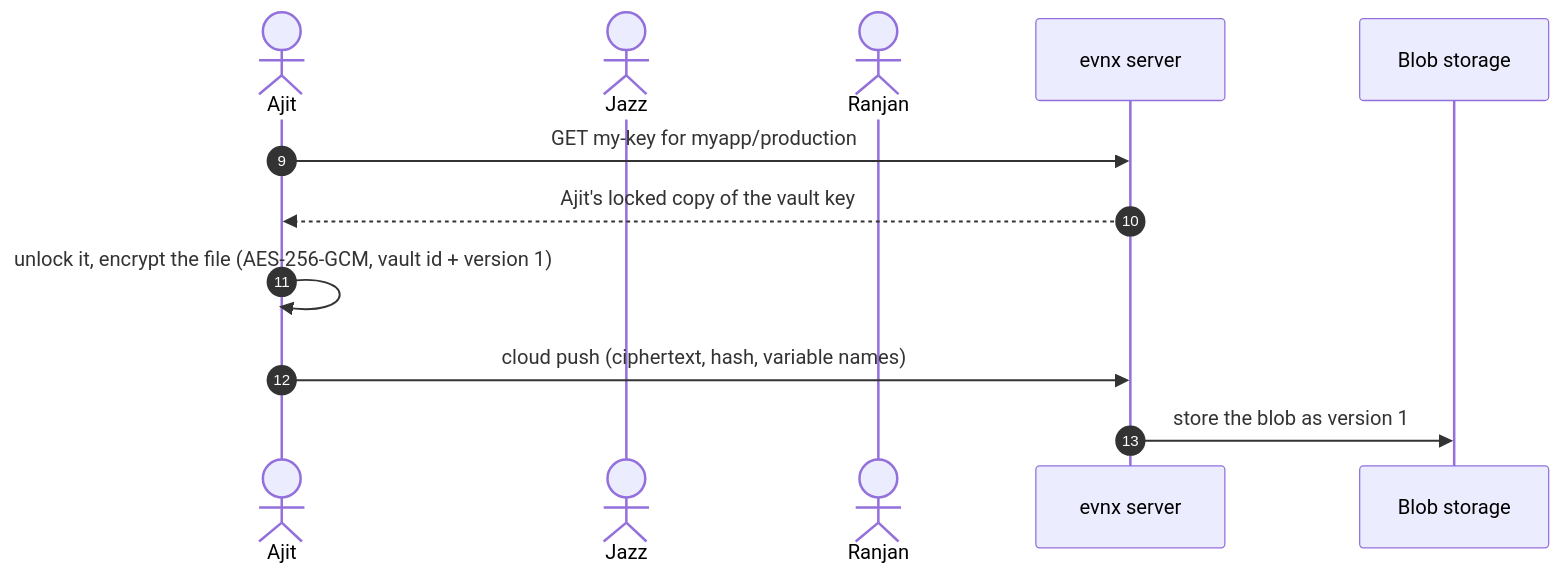
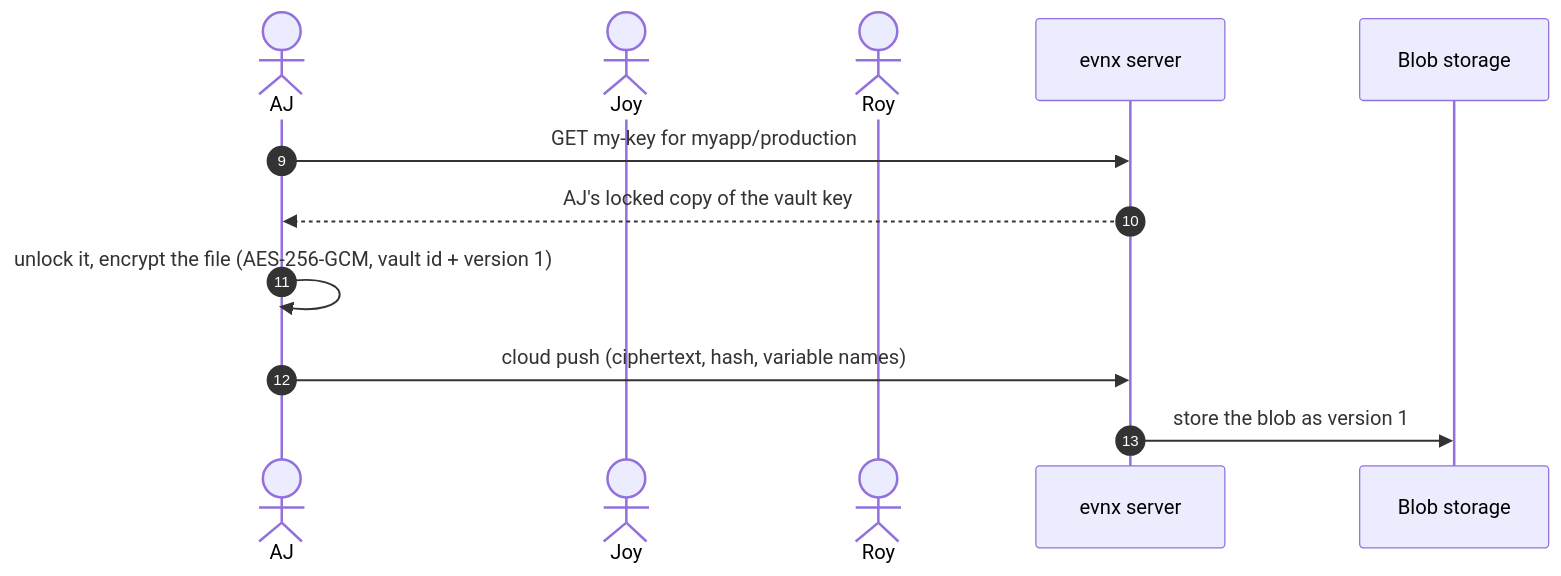
One commit to urwithajit9/evnx-web changed the fourth of 10 diagrams in packages/docs-content/guides/reference/how-vault-sharing-works.mdx. Above: the diagram before and after it, drawn with Mermaid. The commit also changed other lines of this file and 1 other file, not shown here.

First line of the commit message:
docs: vault-sharing guide — AJ, Joy and Roy, with job roles

````diff
--- a/packages/docs-content/guides/reference/how-vault-sharing-works.mdx
+++ b/packages/docs-content/guides/reference/how-vault-sharing-works.mdx
@@ -205,14 +205,14 @@
 ```mermaid
 sequenceDiagram
     autonumber 9
-    actor A as Ajit
-    actor J as Jazz
-    actor R as Ranjan
+    actor A as AJ
+    actor J as Joy
+    actor R as Roy
     participant S as evnx server
     participant B as Blob storage
     A->>S: GET my-key for myapp/production
-    S-->>A: Ajit's locked copy of the vault key
+    S-->>A: AJ's locked copy of the vault key
     A->>A: unlock it, encrypt the file (AES-256-GCM, vault id + version 1)
     A->>S: cloud push (ciphertext, hash, variable names)
     S->>B: store the blob as version 1
 ```
````
